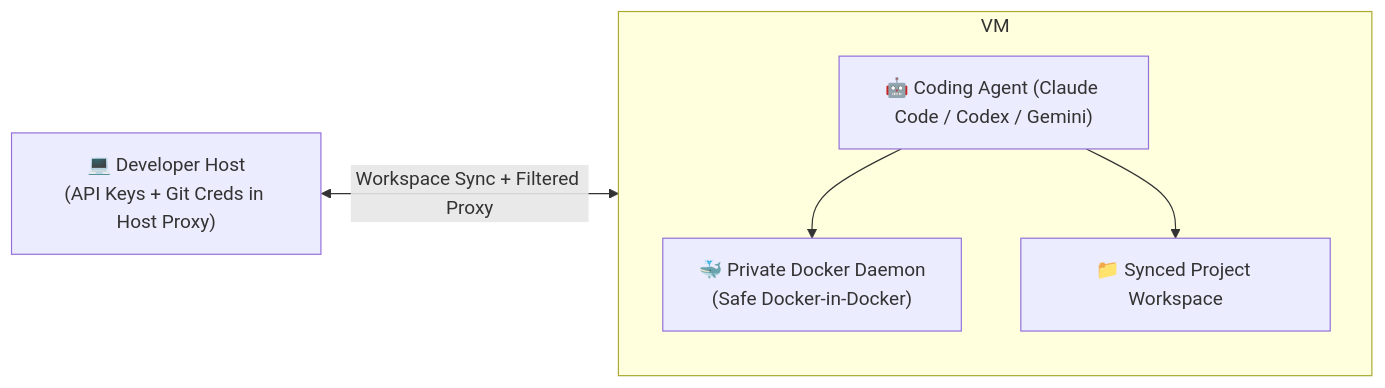
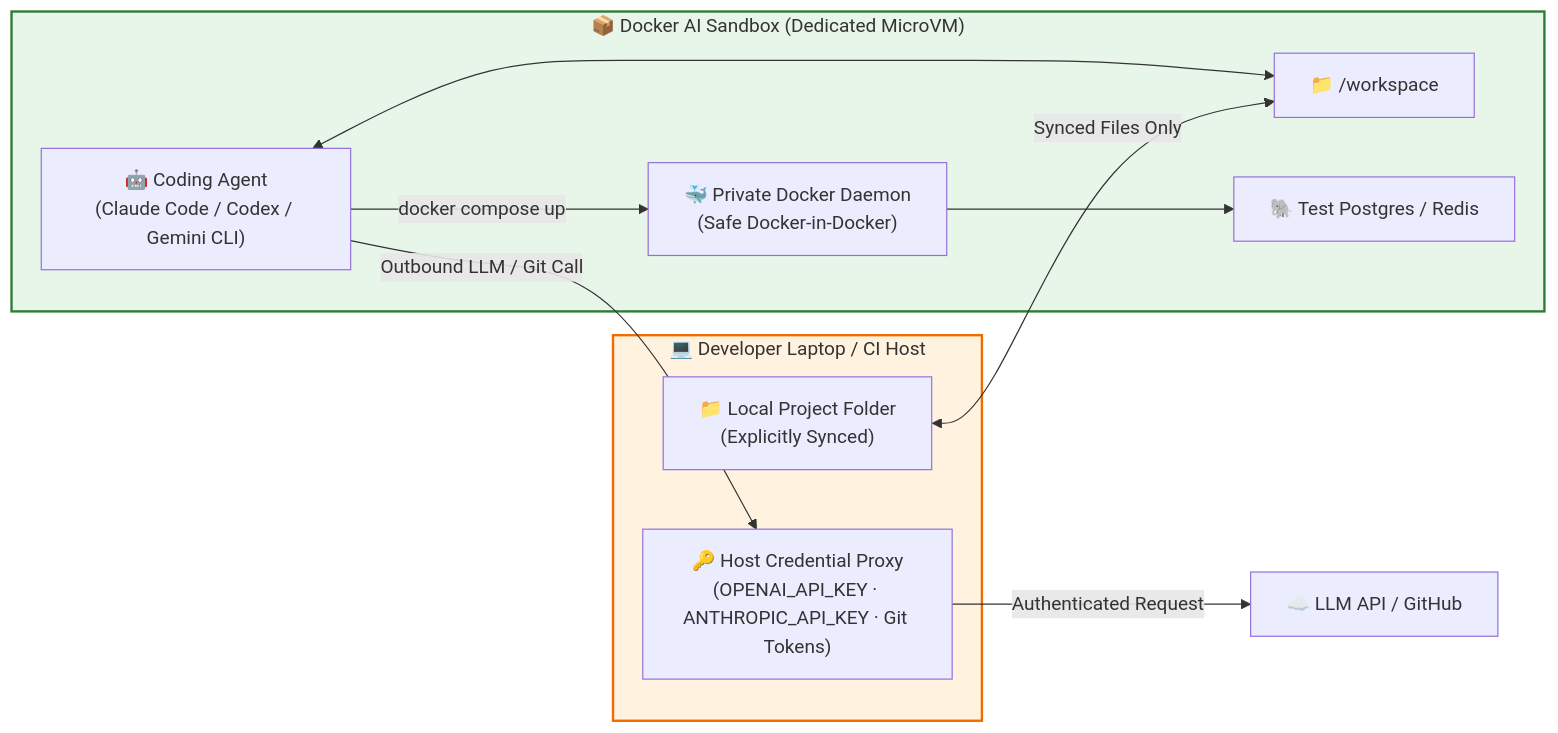
The diagram in Lecture 38 - AI Agent Sandboxes All-in-One/notes/03_Docker_AI_Sandboxes_Local_and_Hybrid_Workflows.md (Amie-dev/FDE-and-GenAI-Mastery), drawn with Mermaid before and after one commit. The commit also changed other lines of this file and 7 other files, not shown here.

Commit message:
docs: update Lecture 38 notes with comprehensive agent sandbox architecture details

````diff
--- a/Lecture 38 - AI Agent Sandboxes All-in-One/notes/03_Docker_AI_Sandboxes_Local_and_Hybrid_Workflows.md
+++ b/Lecture 38 - AI Agent Sandboxes All-in-One/notes/03_Docker_AI_Sandboxes_Local_and_Hybrid_Workflows.md
@@ -14,8 +29,22 @@
 ```mermaid
 flowchart LR
-    Host["💻 Developer Host<br/>(API Keys + Git Creds in Host Proxy)"] <-->|"Workspace Sync + Filtered Proxy"| VM["📦 Docker AI Sandbox MicroVM"]
-    subgraph VM
-        Agent["🤖 Coding Agent (Claude Code / Codex / Gemini)"] --> DockerD["🐳 Private Docker Daemon<br/>(Safe Docker-in-Docker)"]
-        Agent --> Files["📁 Synced Project Workspace"]
+    subgraph HOST["💻 Developer Laptop / CI Host"]
+        KEYS["🔑 Host Credential Proxy<br/>(OPENAI_API_KEY · ANTHROPIC_API_KEY · Git Tokens)"]
+        PROJ["📁 Local Project Folder<br/>(Explicitly Synced)"]
     end
+
+    subgraph VM["📦 Docker AI Sandbox (Dedicated MicroVM)"]
+        AGENT["🤖 Coding Agent<br/>(Claude Code / Codex / Gemini CLI)"]
+        WS["📁 /workspace"]
+        DOCKERD["🐳 Private Docker Daemon<br/>(Safe Docker-in-Docker)"]
+        TESTDB["🐘 Test Postgres / Redis"]
+        AGENT <--> WS
+        AGENT -->|"docker compose up"| DOCKERD --> TESTDB
+    end
+
+    PROJ <-->|"Synced Files Only"| WS
+    AGENT -->|"Outbound LLM / Git Call"| KEYS -->|"Authenticated Request"| EXT["☁️ LLM API / GitHub"]
+
+    style HOST fill:#fff3e0,stroke:#ef6c00,stroke-width:2px
+    style VM fill:#e8f5e9,stroke:#2e7d32,stroke-width:2px
 ```
````
